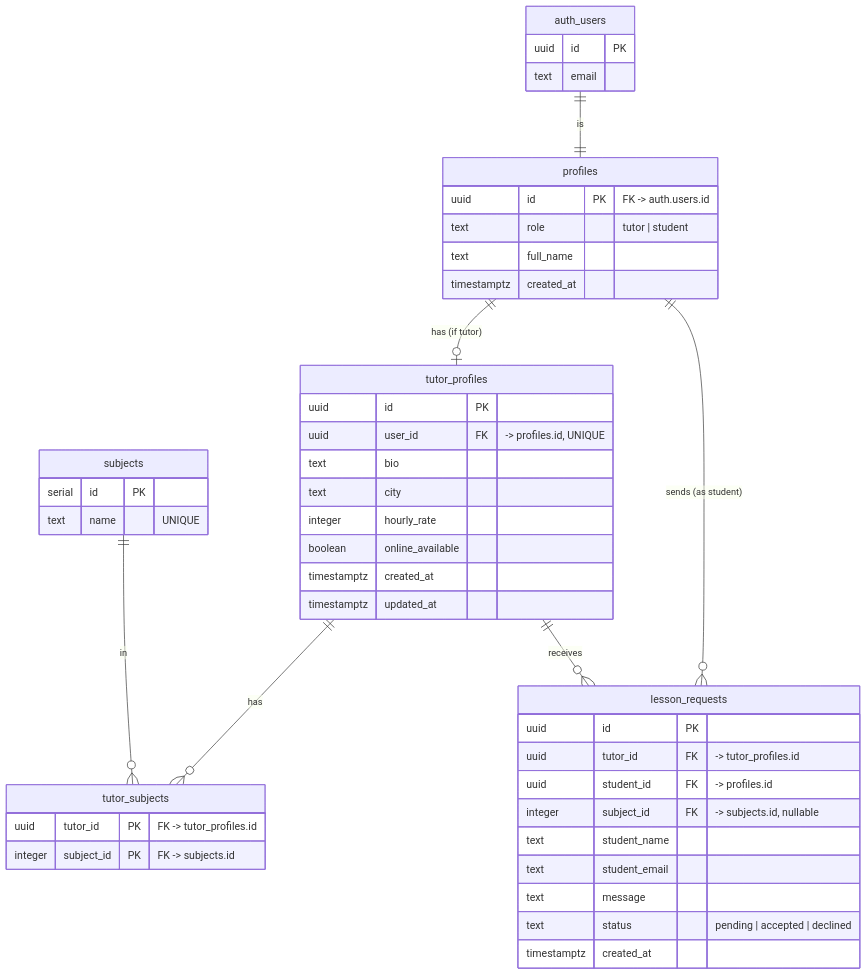
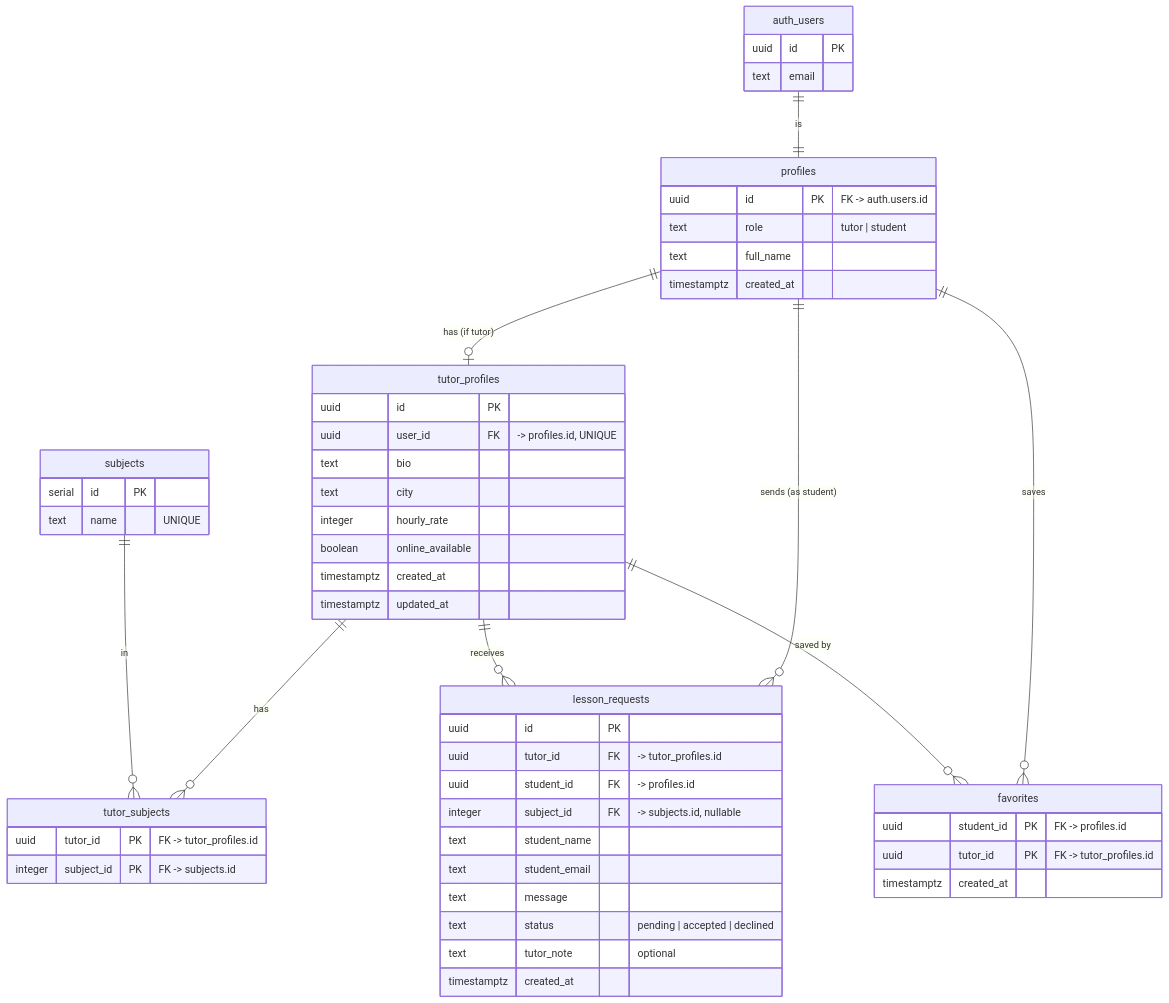
Before and after one commit to AdiBassman/final-project: the diagram in docs/ERD.md, drawn with Mermaid. The commit also changed other lines of this file and 10 other files, not shown here.

````diff
--- a/docs/ERD.md
+++ b/docs/ERD.md
@@ -5,49 +5,57 @@
 ```mermaid
 erDiagram
     auth_users ||--|| profiles : "is"
     profiles ||--o| tutor_profiles : "has (if tutor)"
     profiles ||--o{ lesson_requests : "sends (as student)"
     tutor_profiles ||--o{ tutor_subjects : "has"
     subjects ||--o{ tutor_subjects : "in"
     tutor_profiles ||--o{ lesson_requests : "receives"
+    profiles ||--o{ favorites : "saves"
+    tutor_profiles ||--o{ favorites : "saved by"
 
     auth_users {
         uuid id PK
         text email
     }
     profiles {
         uuid id PK "FK -> auth.users.id"
         text role "tutor | student"
         text full_name
         timestamptz created_at
     }
     tutor_profiles {
         uuid id PK
         uuid user_id FK "-> profiles.id, UNIQUE"
         text bio
         text city
         integer hourly_rate
         boolean online_available
         timestamptz created_at
         timestamptz updated_at
     }
     subjects {
         serial id PK
         text name "UNIQUE"
     }
     tutor_subjects {
         uuid tutor_id PK "FK -> tutor_profiles.id"
         integer subject_id PK "FK -> subjects.id"
     }
     lesson_requests {
         uuid id PK
         uuid tutor_id FK "-> tutor_profiles.id"
         uuid student_id FK "-> profiles.id"
         integer subject_id FK "-> subjects.id, nullable"
         text student_name
         text student_email
         text message
         text status "pending | accepted | declined"
+        text tutor_note "optional"
+        timestamptz created_at
+    }
+    favorites {
+        uuid student_id PK "FK -> profiles.id"
+        uuid tutor_id PK "FK -> tutor_profiles.id"
         timestamptz created_at
     }
 ```
````
